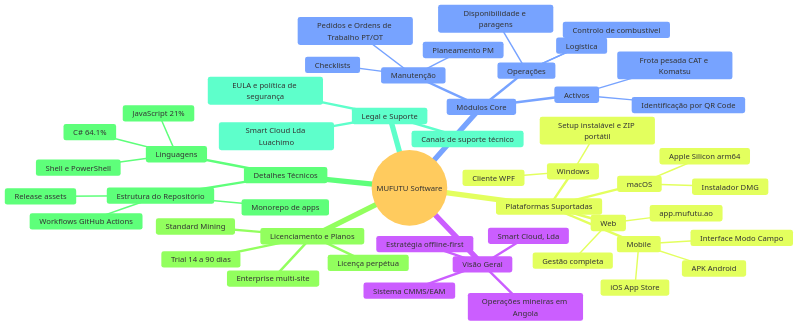
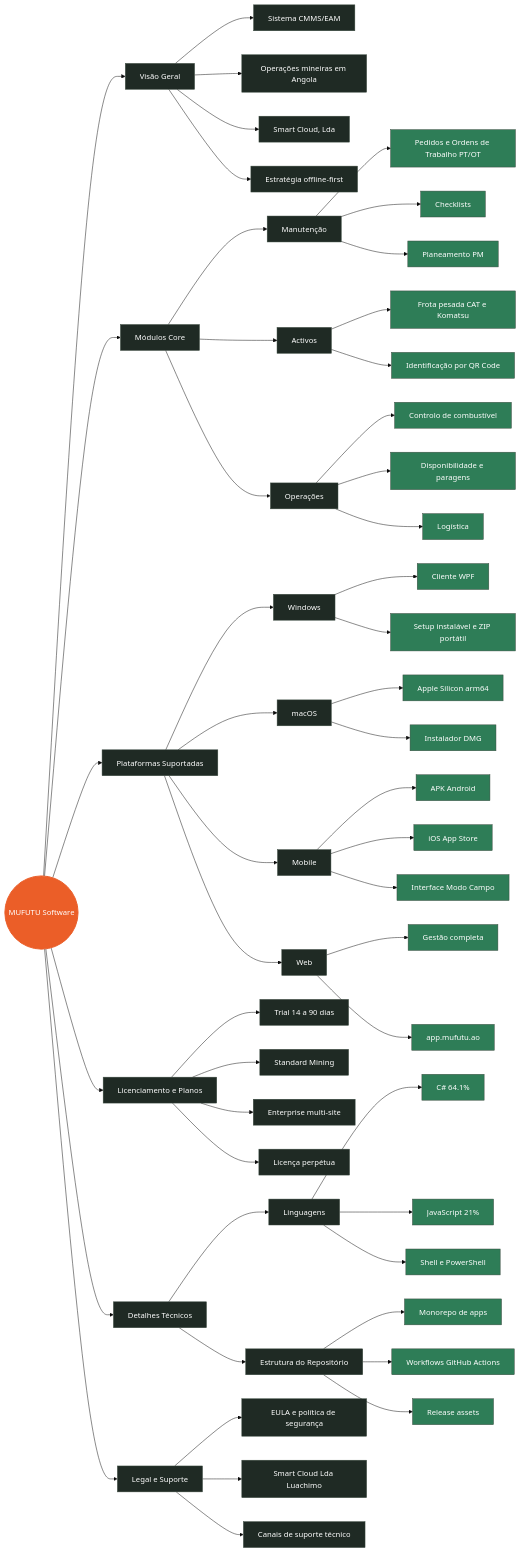
One commit to osvaldowafulua/mufutusoftware changed the diagram in docs/MAPA-MENTAL.md. Above: the diagram before and after it, drawn with Mermaid (base theme). The commit also changed other lines of this file, not shown here.

Commit message:
fix(docs): mapa mental — mindmap (experimental) para flowchart (estável)
O tipo 'mindmap' do Mermaid é experimental e o renderer do GitHub nem sempre
o interpreta, ficando o bloco por renderizar. Convertido para 'flowchart LR'
com a mesma hierarquia e cores de marca (#EB5E28) via classDef — tipo
suportado de forma estável em qualquer repositório GitHub.

Validado com o motor real do Mermaid (mermaid.parse() via jsdom) antes de
publicar: 'flowchart-v2' parseado sem erros.

````diff
--- a/docs/MAPA-MENTAL.md
+++ b/docs/MAPA-MENTAL.md
@@ -6,53 +8,68 @@
 ```mermaid
-mindmap
-  root((MUFUTU Software))
-    Visão Geral
-      Sistema CMMS/EAM
-      Operações mineiras em Angola
-      Smart Cloud, Lda
-      Estratégia offline-first
-    Módulos Core
-      Manutenção
-        Pedidos e Ordens de Trabalho PT/OT
-        Checklists
-        Planeamento PM
-      Activos
-        Frota pesada CAT e Komatsu
-        Identificação por QR Code
-      Operações
-        Controlo de combustível
-        Disponibilidade e paragens
-        Logística
-    Plataformas Suportadas
-      Windows
-        Cliente WPF
-        Setup instalável e ZIP portátil
-      macOS
-        Apple Silicon arm64
-        Instalador DMG
-      Mobile
-        APK Android
-        iOS App Store
-        Interface Modo Campo
-      Web
-        Gestão completa
-        app.mufutu.ao
-    Licenciamento e Planos
-      Trial 14 a 90 dias
-      Standard Mining
-      Enterprise multi-site
-      Licença perpétua
-    Detalhes Técnicos
-      Linguagens
-        C# 64.1%
-        JavaScript 21%
-        Shell e PowerShell
-      Estrutura do Repositório
-        Monorepo de apps
-        Workflows GitHub Actions
-        Release assets
-    Legal e Suporte
-      EULA e política de segurança
-      Smart Cloud Lda Luachimo
-      Canais de suporte técnico
+flowchart LR
+    ROOT((MUFUTU Software))
+
+    ROOT --> OV[Visão Geral]
+    OV --> OV1[Sistema CMMS/EAM]
+    OV --> OV2[Operações mineiras em Angola]
+    OV --> OV3[Smart Cloud, Lda]
+    OV --> OV4[Estratégia offline-first]
+
+    ROOT --> CM[Módulos Core]
+    CM --> CM1[Manutenção]
+    CM1 --> CM1a[Pedidos e Ordens de Trabalho PT/OT]
+    CM1 --> CM1b[Checklists]
+    CM1 --> CM1c[Planeamento PM]
+    CM --> CM2[Activos]
+    CM2 --> CM2a[Frota pesada CAT e Komatsu]
+    CM2 --> CM2b[Identificação por QR Code]
+    CM --> CM3[Operações]
+    CM3 --> CM3a[Controlo de combustível]
+    CM3 --> CM3b[Disponibilidade e paragens]
+    CM3 --> CM3c[Logística]
+
+    ROOT --> SP[Plataformas Suportadas]
+    SP --> SP1[Windows]
+    SP1 --> SP1a[Cliente WPF]
+    SP1 --> SP1b[Setup instalável e ZIP portátil]
+    SP --> SP2[macOS]
+    SP2 --> SP2a[Apple Silicon arm64]
+    SP2 --> SP2b[Instalador DMG]
+    SP --> SP3[Mobile]
+    SP3 --> SP3a[APK Android]
+    SP3 --> SP3b[iOS App Store]
+    SP3 --> SP3c[Interface Modo Campo]
+    SP --> SP4[Web]
+    SP4 --> SP4a[Gestão completa]
+    SP4 --> SP4b[app.mufutu.ao]
+
+    ROOT --> LP[Licenciamento e Planos]
+    LP --> LP1[Trial 14 a 90 dias]
+    LP --> LP2[Standard Mining]
+    LP --> LP3[Enterprise multi-site]
+    LP --> LP4[Licença perpétua]
+
+    ROOT --> TEC[Detalhes Técnicos]
+    TEC --> TD1[Linguagens]
+    TD1 --> TD1a["C# 64.1%"]
+    TD1 --> TD1b["JavaScript 21%"]
+    TD1 --> TD1c[Shell e PowerShell]
+    TEC --> TD2[Estrutura do Repositório]
+    TD2 --> TD2a[Monorepo de apps]
+    TD2 --> TD2b[Workflows GitHub Actions]
+    TD2 --> TD2c[Release assets]
+
+    ROOT --> LS[Legal e Suporte]
+    LS --> LS1[EULA e política de segurança]
+    LS --> LS2[Smart Cloud Lda Luachimo]
+    LS --> LS3[Canais de suporte técnico]
+
+    classDef root fill:#EB5E28,color:#fff,stroke:#EB5E28,stroke-width:2px;
+    classDef branch fill:#1F2A24,color:#fff,stroke:#3a4a3f;
+    classDef leaf fill:#2E7D57,color:#fff,stroke:#3a4a3f;
+
+    class ROOT root;
+    class OV,CM,SP,LP,TEC,LS branch;
+    class OV1,OV2,OV3,OV4,CM1,CM2,CM3,SP1,SP2,SP3,SP4,LP1,LP2,LP3,LP4,TD1,TD2,LS1,LS2,LS3 branch;
+    class CM1a,CM1b,CM1c,CM2a,CM2b,CM3a,CM3b,CM3c,SP1a,SP1b,SP2a,SP2b,SP3a,SP3b,SP3c,SP4a,SP4b,TD1a,TD1b,TD1c,TD2a,TD2b,TD2c leaf;
 ```
````
